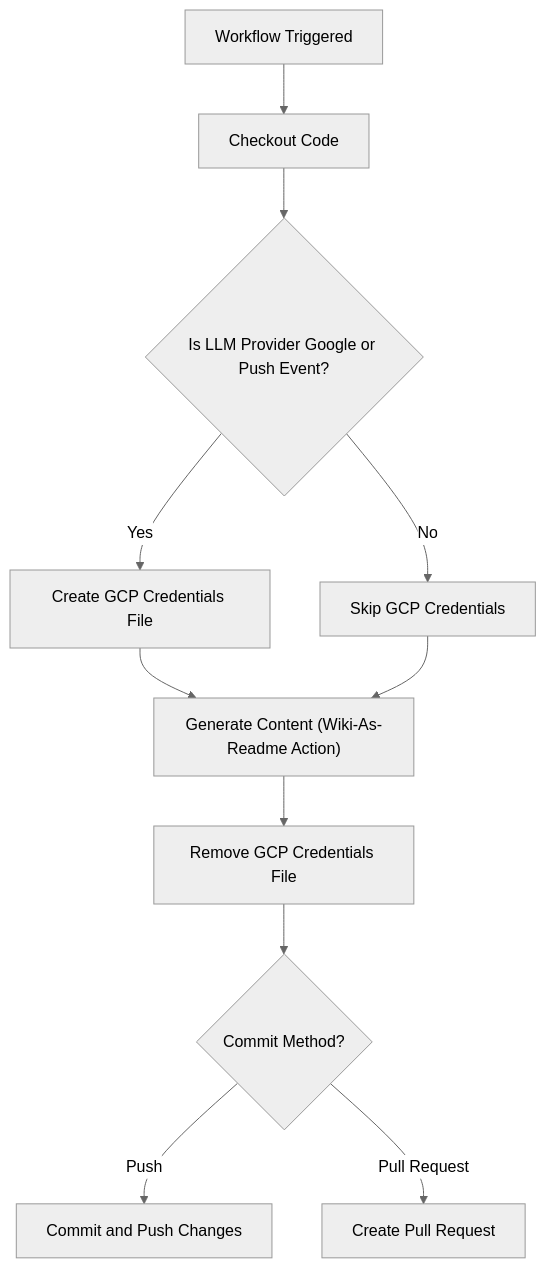
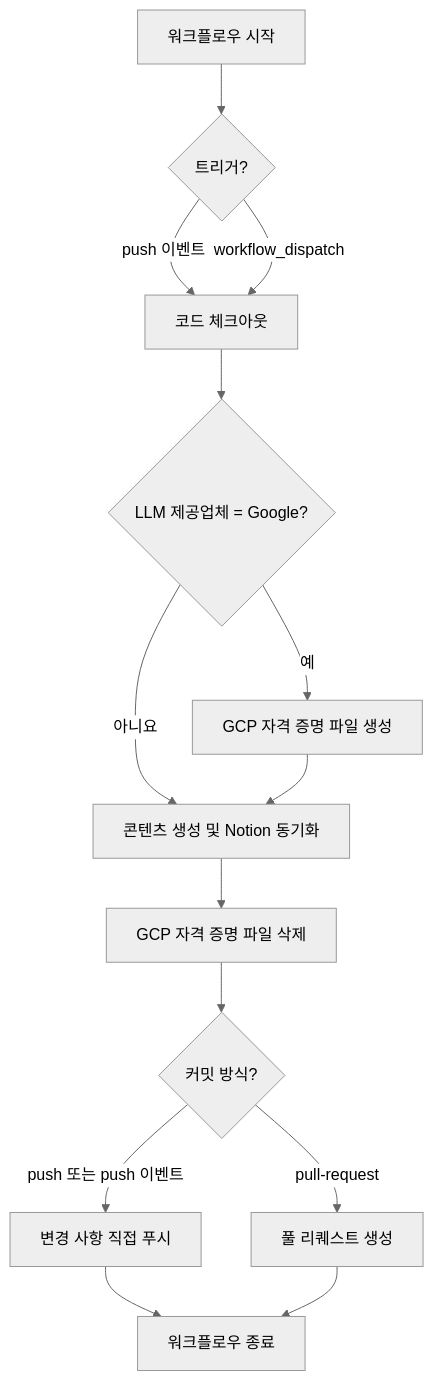
One commit to catuscio/wiki-as-readme changed the sixth of 19 diagrams in examples/wiki_as_README.md. Above: the diagram before and after it, drawn with Mermaid (neutral theme). The commit also changed other lines of this file, not shown here.

Commit message:
✨📚 Update examples/wiki_as_README.md via Wiki-As-Readme Action (ko)

````diff
--- a/examples/wiki_as_README.md
+++ b/examples/wiki_as_README.md
@@ -1014,13 +673,16 @@
 ```mermaid
 graph TD
-    A["Workflow Triggered"] --> B["Checkout Code"]
-    B --> C{"Is LLM Provider Google or Push Event?"}
-    C -- "Yes" --> D["Create GCP Credentials File"]
-    C -- "No" --> E["Skip GCP Credentials"]
-    D --> F["Generate Content (Wiki-As-Readme Action)"]
+    A["워크플로우 시작"] --> B{"트리거?"}
+    B -- "push 이벤트" --> C["코드 체크아웃"]
+    B -- "workflow_dispatch" --> C
+    C --> D{"LLM 제공업체 = Google?"}
+    D -- "예" --> E["GCP 자격 증명 파일 생성"]
+    D -- "아니요" --> F["콘텐츠 생성 및 Notion 동기화"]
     E --> F
-    F --> G["Remove GCP Credentials File"]
-    G --> H{"Commit Method?"}
-    H -- "Push" --> I["Commit and Push Changes"]
-    H -- "Pull Request" --> J["Create Pull Request"]
+    F --> G["GCP 자격 증명 파일 삭제"]
+    G --> H{"커밋 방식?"}
+    H -- "push 또는 push 이벤트" --> I["변경 사항 직접 푸시"]
+    H -- "pull-request" --> J["풀 리퀘스트 생성"]
+    I --> K["워크플로우 종료"]
+    J --> K
 ```
````
